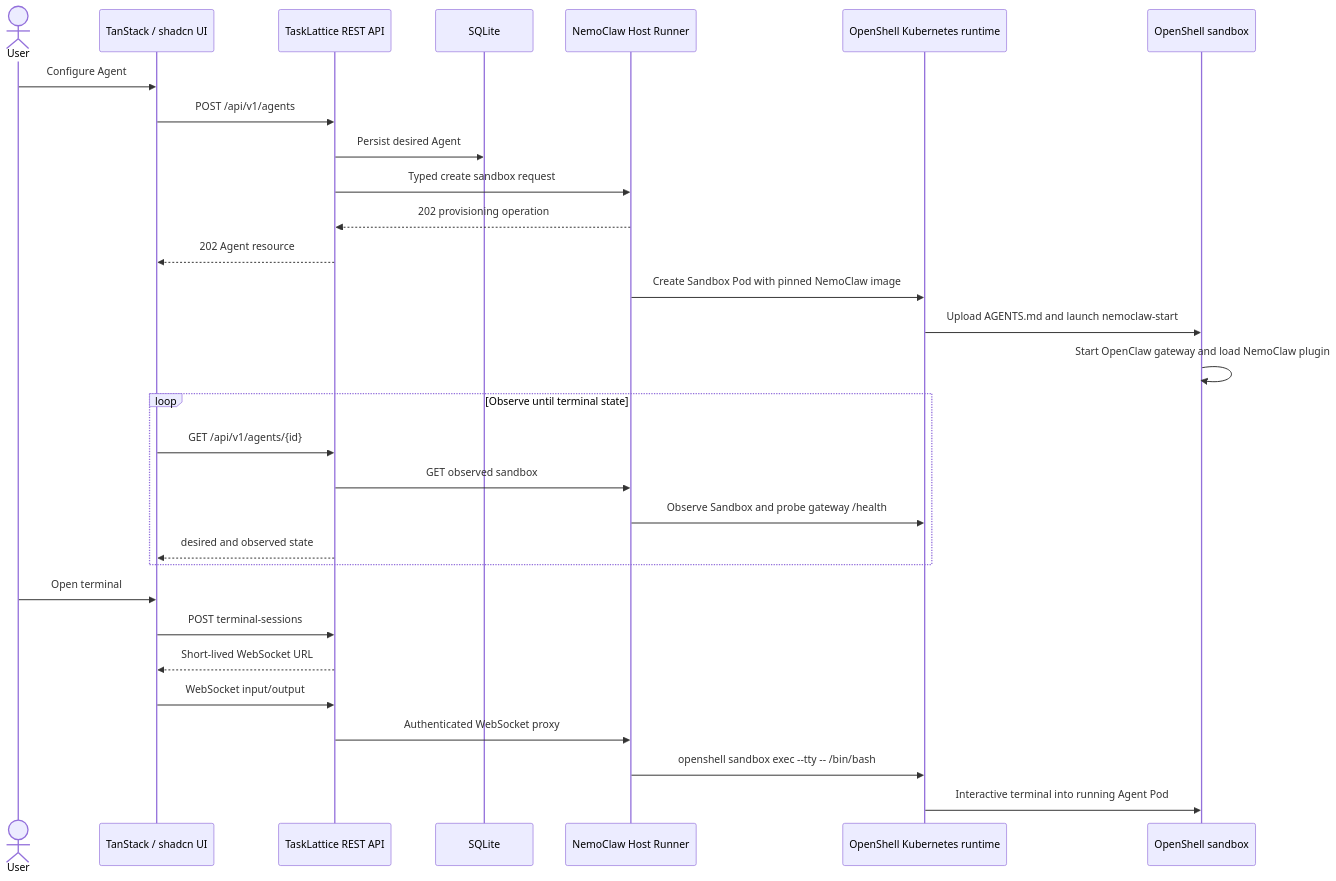
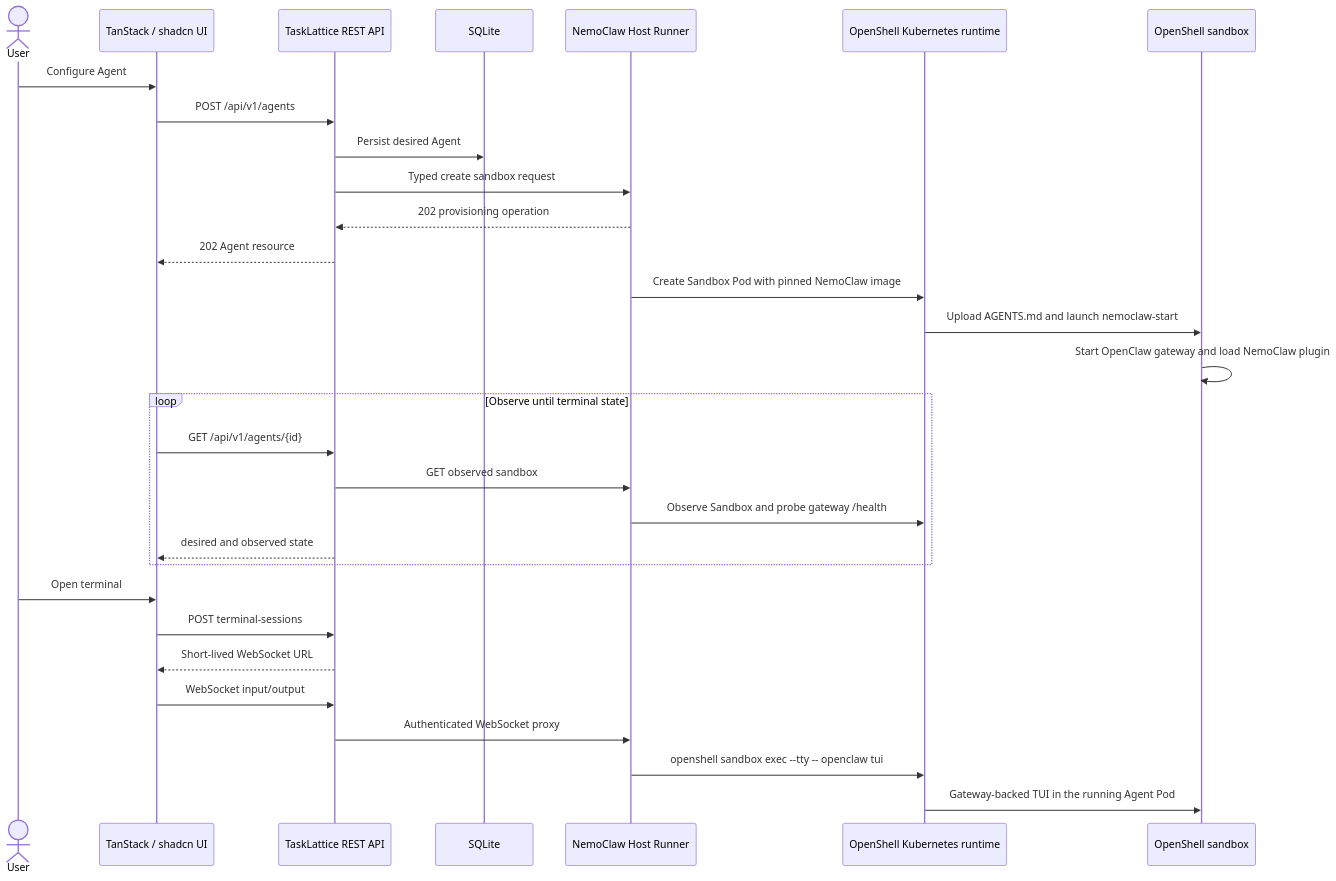
The second of 2 diagrams in docs/mvp-core-flow.md (Sn0rt/TaskLattice), drawn with Mermaid before and after one commit. The commit also changed other lines of this file and 44 other files, not shown here.

````diff
--- a/docs/mvp-core-flow.md
+++ b/docs/mvp-core-flow.md
@@ -34,33 +34,33 @@
 ```mermaid
 sequenceDiagram
     actor User
     participant UI as TanStack / shadcn UI
     participant API as TaskLattice REST API
     participant DB as SQLite
     participant Runner as NemoClaw Host Runner
     participant OS as OpenShell Kubernetes runtime
     participant SB as OpenShell sandbox
 
     User->>UI: Configure Agent
     UI->>API: POST /api/v1/agents
     API->>DB: Persist desired Agent
     API->>Runner: Typed create sandbox request
     Runner-->>API: 202 provisioning operation
     API-->>UI: 202 Agent resource
     Runner->>OS: Create Sandbox Pod with pinned NemoClaw image
     OS->>SB: Upload AGENTS.md and launch nemoclaw-start
     SB->>SB: Start OpenClaw gateway and load NemoClaw plugin
     loop Observe until terminal state
         UI->>API: GET /api/v1/agents/{id}
         API->>Runner: GET observed sandbox
         Runner->>OS: Observe Sandbox and probe gateway /health
         API-->>UI: desired and observed state
     end
     User->>UI: Open terminal
     UI->>API: POST terminal-sessions
     API-->>UI: Short-lived WebSocket URL
     UI->>API: WebSocket input/output
     API->>Runner: Authenticated WebSocket proxy
-    Runner->>OS: openshell sandbox exec --tty -- /bin/bash
-    OS->>SB: Interactive terminal into running Agent Pod
+    Runner->>OS: openshell sandbox exec --tty -- openclaw tui
+    OS->>SB: Gateway-backed TUI in the running Agent Pod
 ```
````
